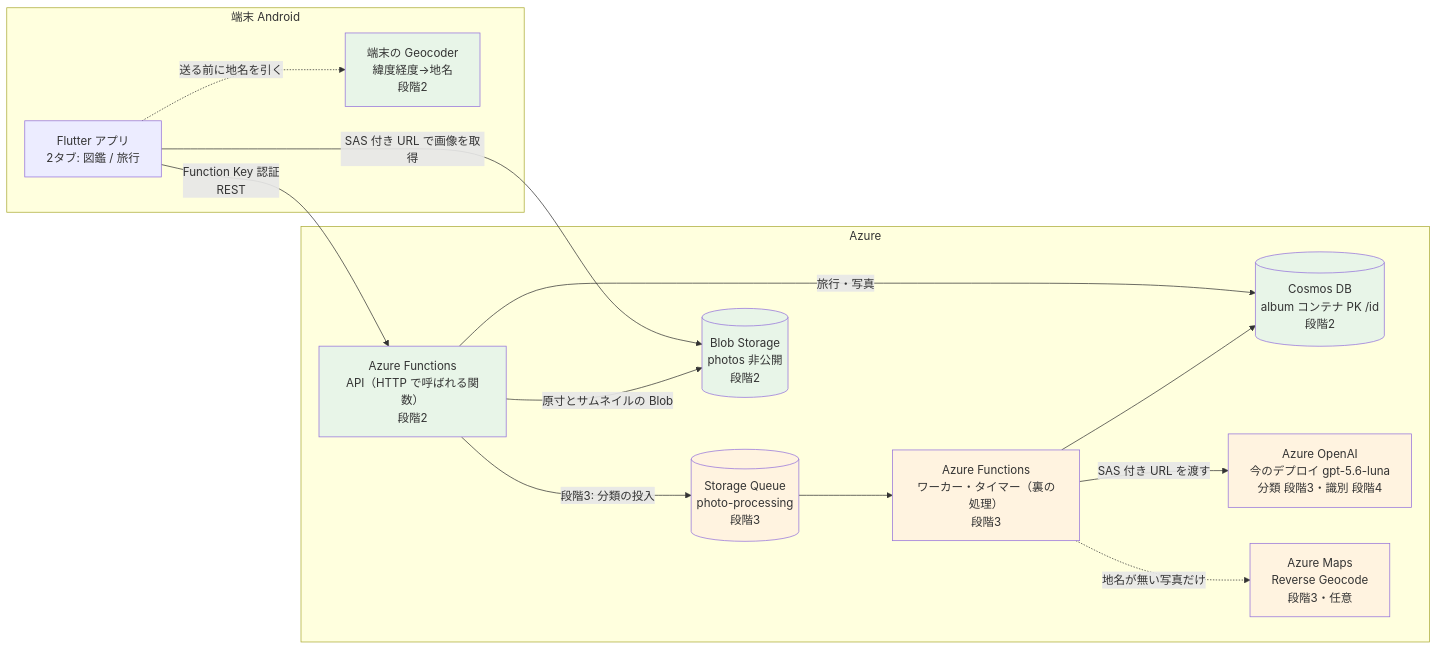
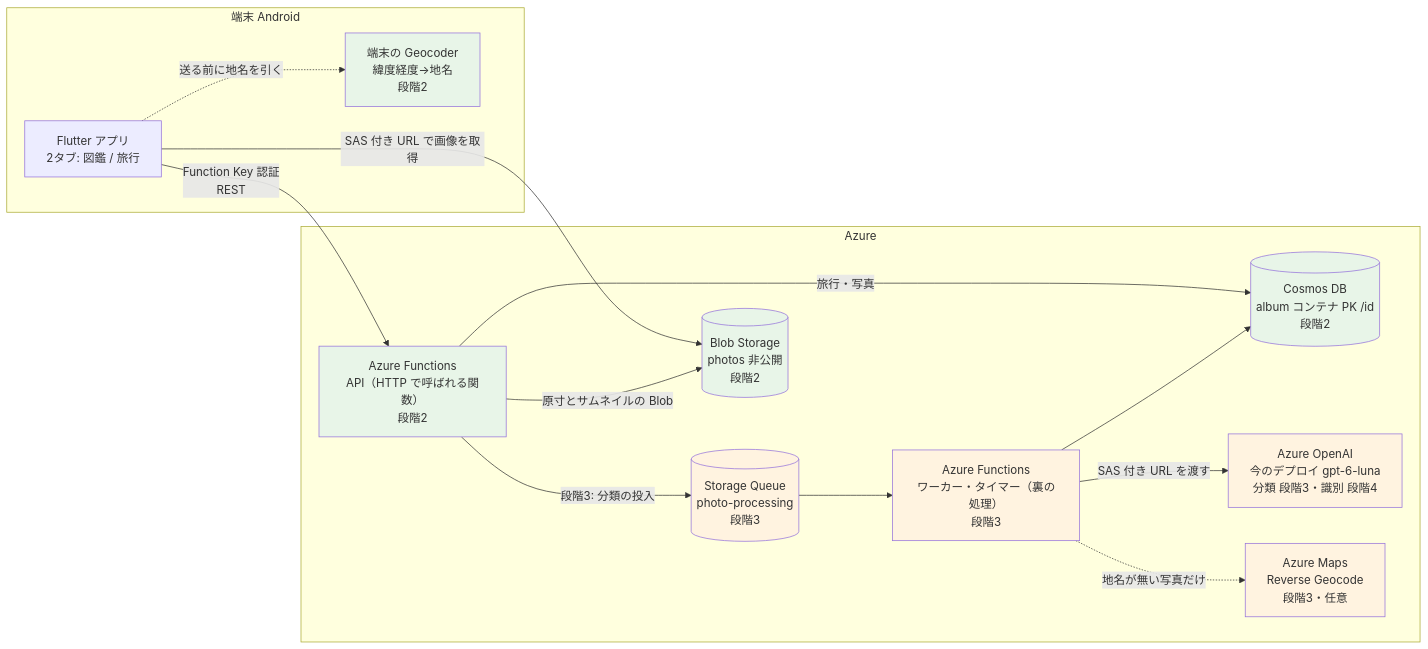
The diagram in docs/travel-album/02_design_overview.md (nmasashi/snaplant), drawn with Mermaid before and after one commit. The commit also changed other lines of this file and 9 other files, not shown here.

First line of the commit message:
Azure OpenAI のデプロイを gpt-5.6-luna から gpt-6-luna に替える

````diff
--- a/docs/travel-album/02_design_overview.md
+++ b/docs/travel-album/02_design_overview.md
@@ -53,33 +53,33 @@
 ```mermaid
 flowchart LR
     subgraph Device[端末 Android]
         App[Flutter アプリ<br/>2タブ: 図鑑 / 旅行]
         Geo[端末の Geocoder<br/>緯度経度→地名<br/>段階2]
     end
 
     subgraph Azure
         Http[Azure Functions<br/>API（HTTP で呼ばれる関数）<br/>段階2]
         Worker[Azure Functions<br/>ワーカー・タイマー（裏の処理）<br/>段階3]
         Queue[(Storage Queue<br/>photo-processing<br/>段階3)]
         Blob[(Blob Storage<br/>photos 非公開<br/>段階2)]
         Cosmos[(Cosmos DB<br/>album コンテナ PK /id<br/>段階2)]
-        AOAI[Azure OpenAI<br/>今のデプロイ gpt-5.6-luna<br/>分類 段階3・識別 段階4]
+        AOAI[Azure OpenAI<br/>今のデプロイ gpt-6-luna<br/>分類 段階3・識別 段階4]
         Maps[Azure Maps<br/>Reverse Geocode<br/>段階3・任意]
     end
 
     App -->|Function Key 認証<br/>REST| Http
     App -.->|送る前に地名を引く| Geo
     App -->|SAS 付き URL で画像を取得| Blob
     Http -->|旅行・写真| Cosmos
     Http -->|原寸とサムネイルの Blob| Blob
     Http -->|段階3: 分類の投入| Queue
     Queue --> Worker
     Worker --> Cosmos
     Worker -->|SAS 付き URL を渡す| AOAI
     Worker -.->|地名が無い写真だけ| Maps
 
     classDef s2 fill:#e8f5e8
     classDef s3 fill:#fff3e0
     class Http,Blob,Cosmos,Geo s2
     class Worker,Queue,AOAI,Maps s3
 ```
````
